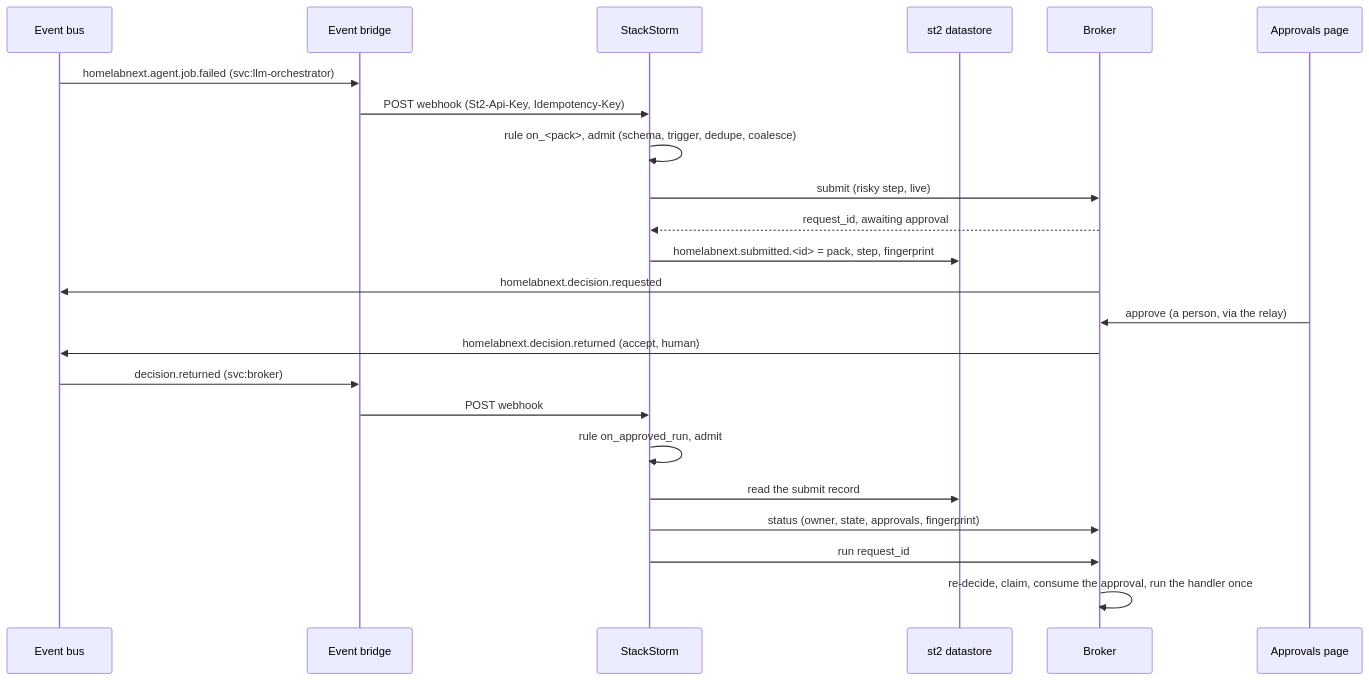
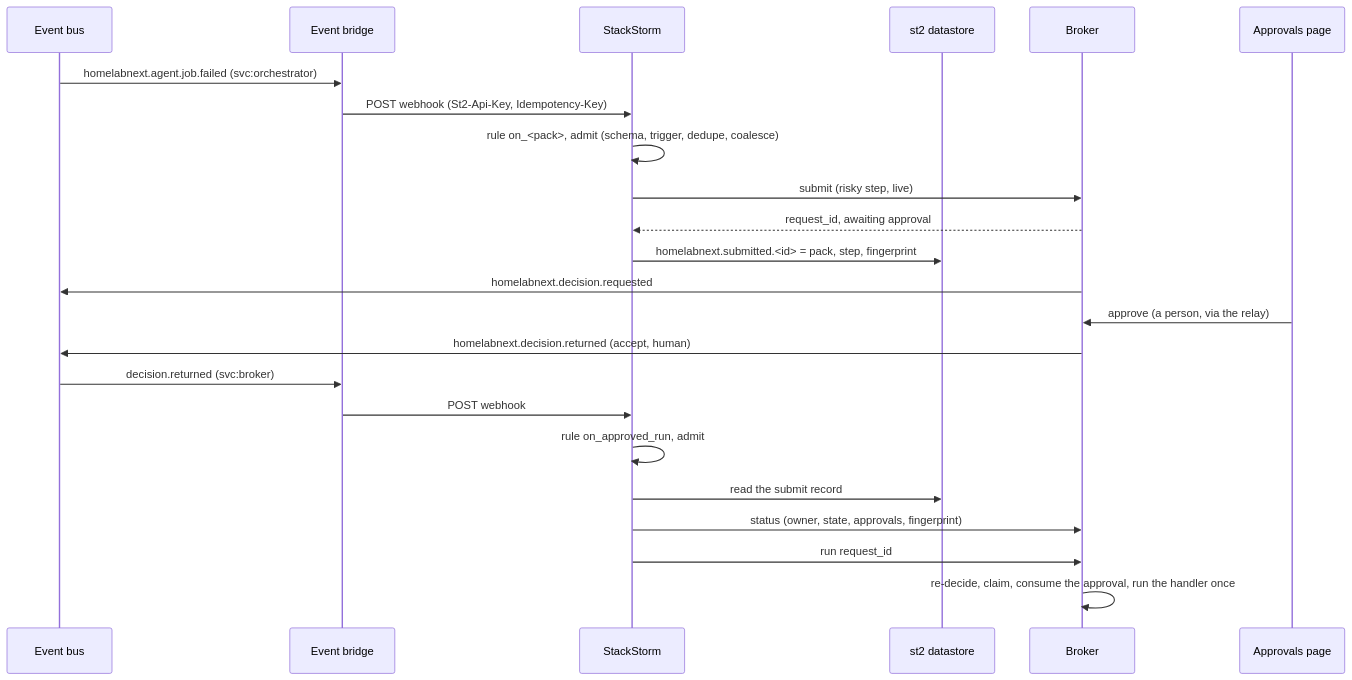
Before and after one commit to homelab-next/homelab-next: the diagram in docs/stackstorm.md, drawn with Mermaid. The commit also changed other lines of this file and 112 other files, not shown here.

````diff
--- a/docs/stackstorm.md
+++ b/docs/stackstorm.md
@@ -227,25 +227,25 @@
 ```mermaid
 sequenceDiagram
     participant Bus as Event bus
     participant Bridge as Event bridge
     participant St2 as StackStorm
     participant KV as st2 datastore
     participant Broker
     participant Hub as Approvals page
-    Bus->>Bridge: homelabnext.agent.job.failed (svc:llm-orchestrator)
+    Bus->>Bridge: homelabnext.agent.job.failed (svc:orchestrator)
     Bridge->>St2: POST webhook (St2-Api-Key, Idempotency-Key)
     St2->>St2: rule on_<pack>, admit (schema, trigger, dedupe, coalesce)
     St2->>Broker: submit (risky step, live)
     Broker-->>St2: request_id, awaiting approval
     St2->>KV: homelabnext.submitted.<id> = pack, step, fingerprint
     Broker->>Bus: homelabnext.decision.requested
     Hub->>Broker: approve (a person, via the relay)
     Broker->>Bus: homelabnext.decision.returned (accept, human)
     Bus->>Bridge: decision.returned (svc:broker)
     Bridge->>St2: POST webhook
     St2->>St2: rule on_approved_run, admit
     St2->>KV: read the submit record
     St2->>Broker: status (owner, state, approvals, fingerprint)
     St2->>Broker: run request_id
     Broker->>Broker: re-decide, claim, consume the approval, run the handler once
 ```
````
